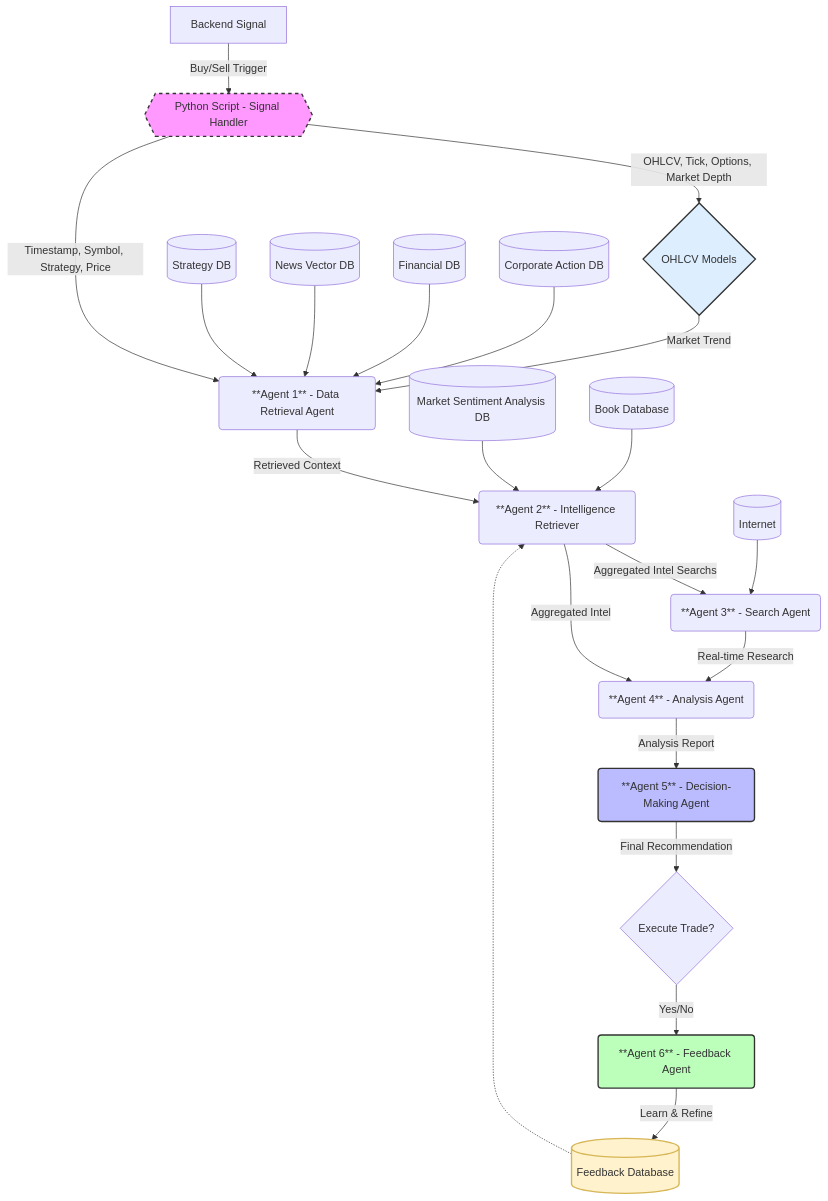
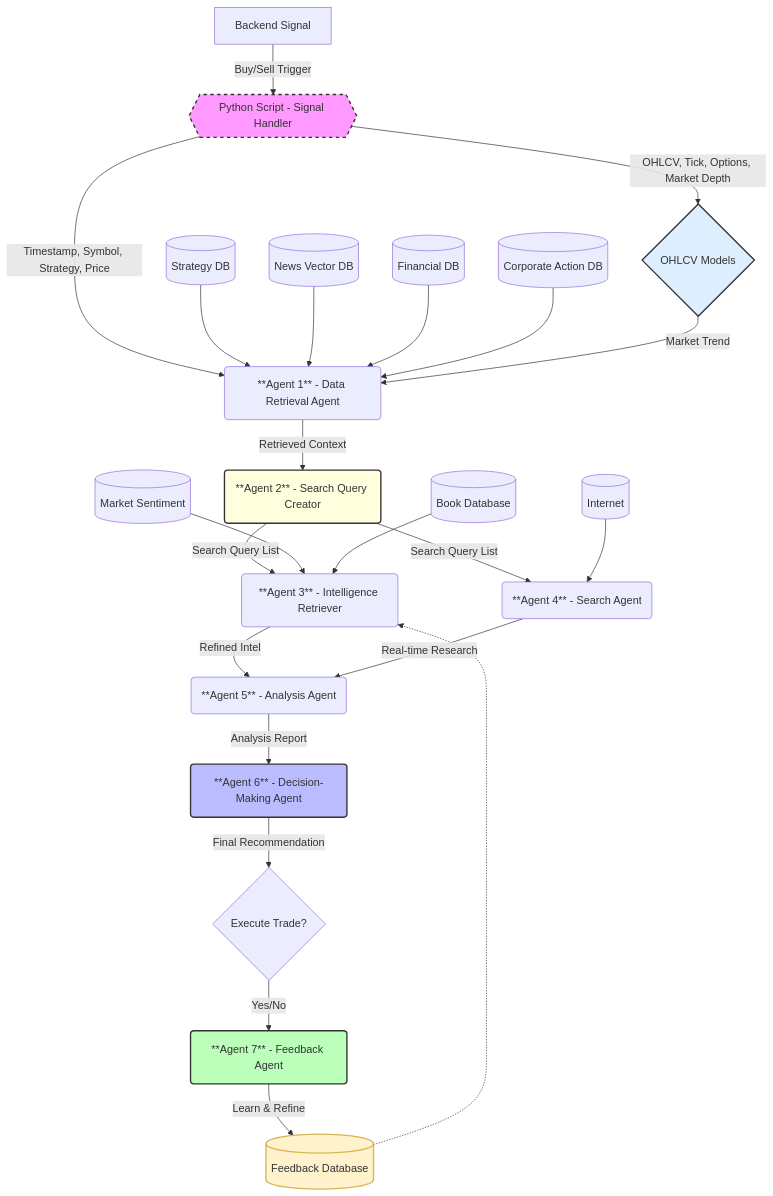
Before and after one commit to smartxalgo002-AI-ML/AI-Stretegy-builder: the diagram in signal-agent-workflow/version-2.md, drawn with Mermaid.

````diff
--- a/signal-agent-workflow/version-2.md
+++ b/signal-agent-workflow/version-2.md
@@ -1,44 +1,50 @@
 ```mermaid
 graph TD
     A[Backend Signal] -->|Buy/Sell Trigger| B{{Python Script - Signal Handler}}
     
     %% Script Feeds Model
     B -->|OHLCV, Tick, Options, Market Depth| G{OHLCV Models}
     
     %% Specific Context Transfer
     B -->|Timestamp, Symbol, Strategy, Price| C(**Agent 1** - Data Retrieval Agent)
     
-    %% Agent 1 Expanded Sources (Previously Agent 2)
+    %% Agent 1 Expanded Sources
     DB1[(Strategy DB)] --> C
     DB2[(News Vector DB)] --> C
     DB3[(Financial DB)] --> C
     DB4[(Corporate Action DB)] --> C
     G -->|Market Trend| C
 
-    %% Agent 2 Central Intelligence
-    C -->|Retrieved Context| D(**Agent 2** - Intelligence Retriever)
-    E[(Market Sentiment Analysis DB)] --> D
-    F[(Book Database)] --> D
+    %% Agent 2 - Search Query Creator
+    C -->|Retrieved Context| D(**Agent 2** - Search Query Creator)
+    
+    %% Query Distribution
+    D -->|Search Query List| E(**Agent 3** - Intelligence Retriever)
+    D -->|Search Query List| L(**Agent 4** - Search Agent)
 
-    %% Agent 3 & Internet
-    D -->|Aggregated Intel Searchs| L(**Agent 3** - Search Agent)
-    M[(Internet)] --> L
-    L -->|Real-time Research| H(**Agent 4** - Analysis Agent)
-    D -->|Aggregated Intel| H
+    %% Agent 3 Intelligence Gathering
+    M[(Market Sentiment)] --> E
+    F[(Book Database)] --> E
+    E -->|Refined Intel| H(**Agent 5** - Analysis Agent)
+
+    %% Agent 4 Internet Search
+    N[(Internet)] --> L
+    L -->|Real-time Research| H
 
     %% Final Decision Path
-    H -->|Analysis Report| I(**Agent 5** - Decision-Making Agent)
+    H -->|Analysis Report| I(**Agent 6** - Decision-Making Agent)
     I -->|Final Recommendation| J{Execute Trade?}
 
     %% Feedback Loop
-    J -->|Yes/No| K(**Agent 6** - Feedback Agent)
+    J -->|Yes/No| K(**Agent 7** - Feedback Agent)
     K -->|Learn & Refine| FB[(Feedback Database)]
-    FB -.-> D
+    FB -.-> E
 
     %% Styling
     style B fill:#f9f,stroke:#333,stroke-width:2px,stroke-dasharray: 5 5
     style I fill:#bbf,stroke:#333,stroke-width:2px
     style K fill:#bfb,stroke:#333,stroke-width:2px
     style FB fill:#fff2cc,stroke:#d6b656,stroke-width:2px
     style G fill:#def,stroke:#333,stroke-width:2px
+    style D fill:#ffd,stroke:#333,stroke-width:2px
 ```
````
